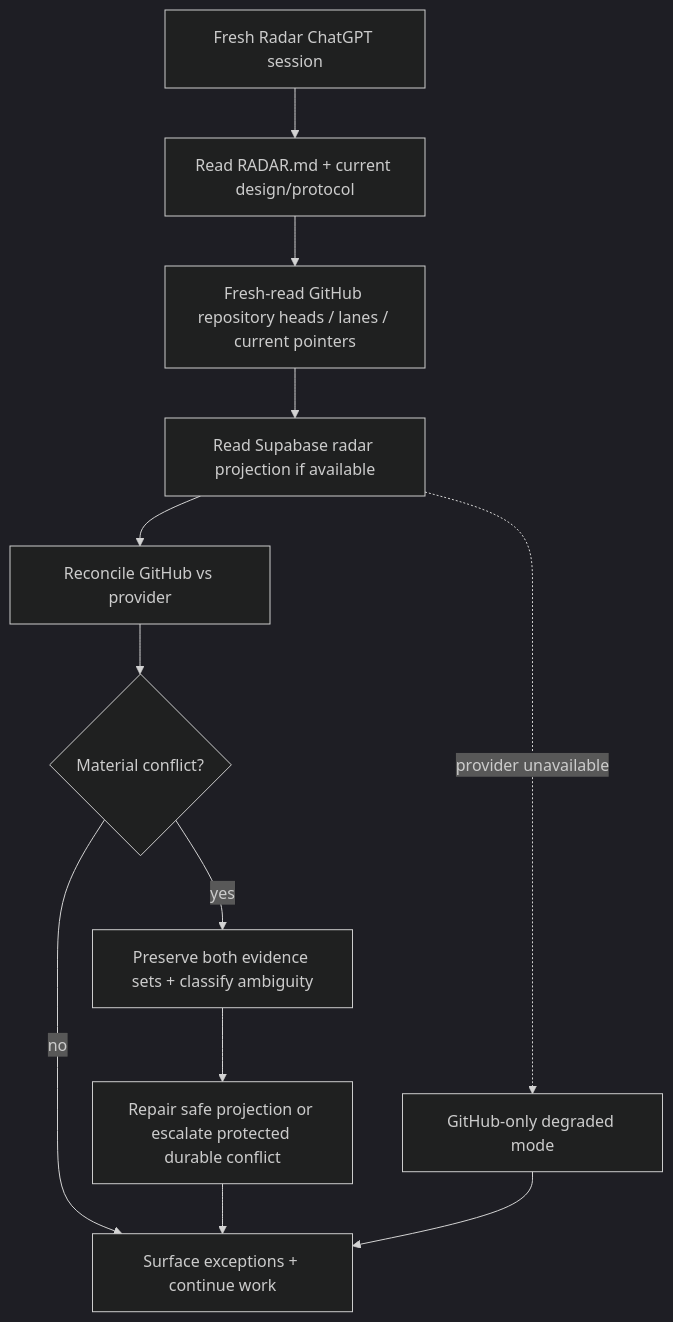
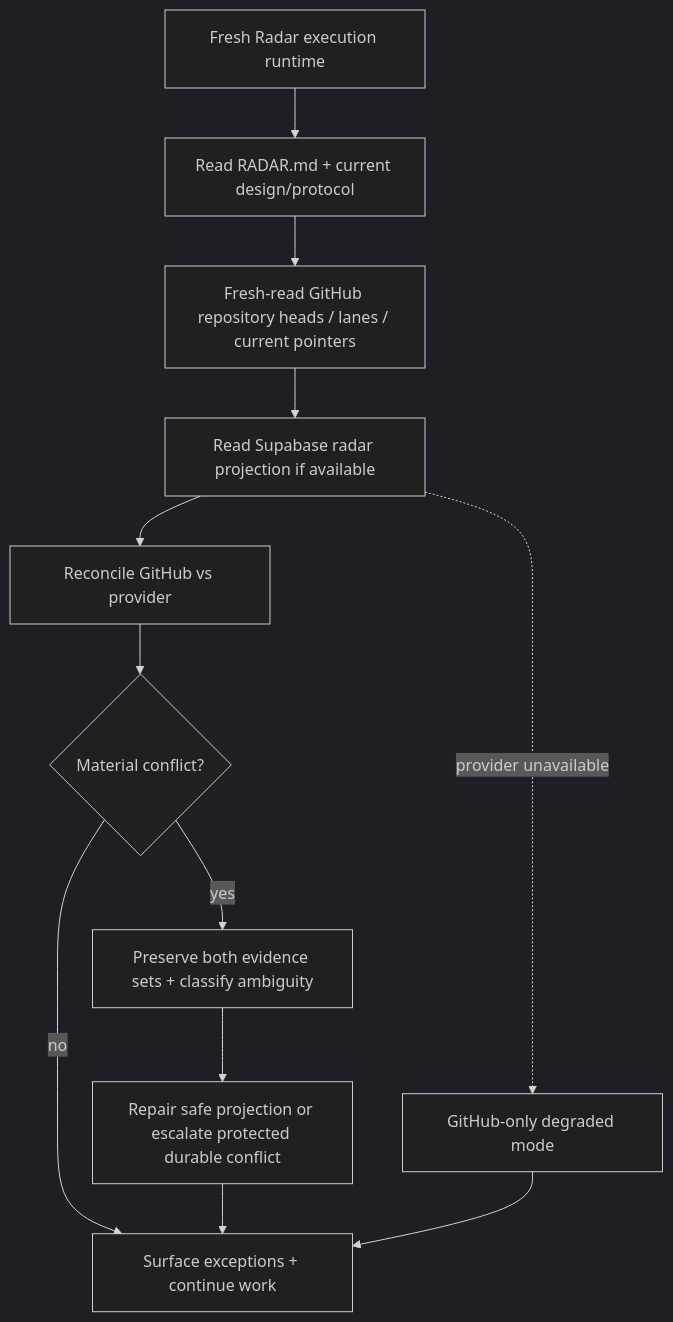
The diagram in architecture/diagrams/recovery-flow.md (thebrazenbeard/chat-communication-bus), drawn with Mermaid (dark theme) before and after one commit. The commit also changed other lines of this file and 7 other files, not shown here.

````diff
--- a/architecture/diagrams/recovery-flow.md
+++ b/architecture/diagrams/recovery-flow.md
@@ -3,14 +3,14 @@
 ```mermaid
 flowchart TD
-    A[Fresh Radar ChatGPT session] --> B[Read RADAR.md + current design/protocol]
+    A[Fresh Radar execution runtime] --> B[Read RADAR.md + current design/protocol]
     B --> C[Fresh-read GitHub repository heads / lanes / current pointers]
     C --> D[Read Supabase radar projection if available]
     D --> E[Reconcile GitHub vs provider]
     E --> F{Material conflict?}
     F -- no --> G[Surface exceptions + continue work]
     F -- yes --> H[Preserve both evidence sets + classify ambiguity]
     H --> I[Repair safe projection or escalate protected durable conflict]
     I --> G
     D -. provider unavailable .-> J[GitHub-only degraded mode]
     J --> G
 ```
````
